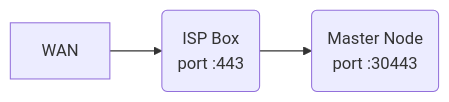
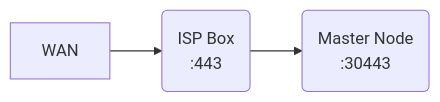
One commit to BriceMichalski/mbcaas changed the diagram in README.md. Above: the diagram before and after it, drawn with Mermaid.

````diff
--- a/README.md
+++ b/README.md
@@ -67,5 +67,5 @@
 ```mermaid
 flowchart LR
     WAN --> BOX(ISP Box <br> port :443);
-    BOX(ISP Box <br> port :443) --> MNODE(Master Node <br> port :30443);
+    BOX(ISP Box <br> :443) --> MNODE(Master Node <br> :30443);
 ```
````
